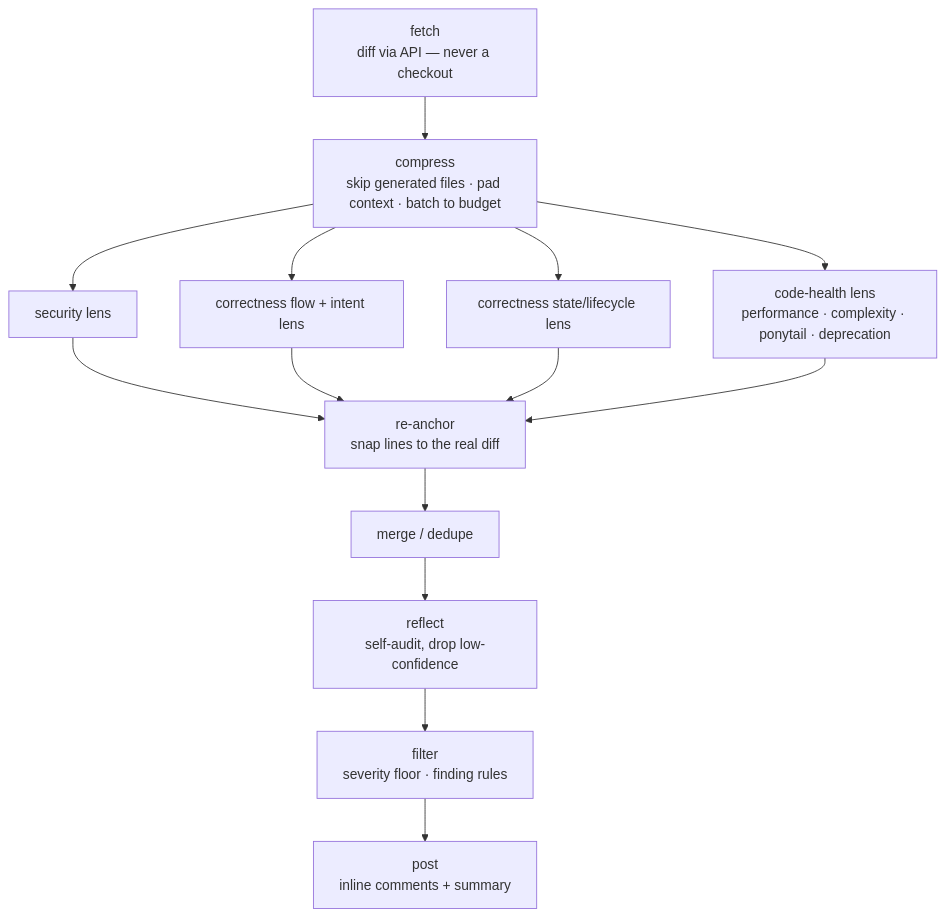
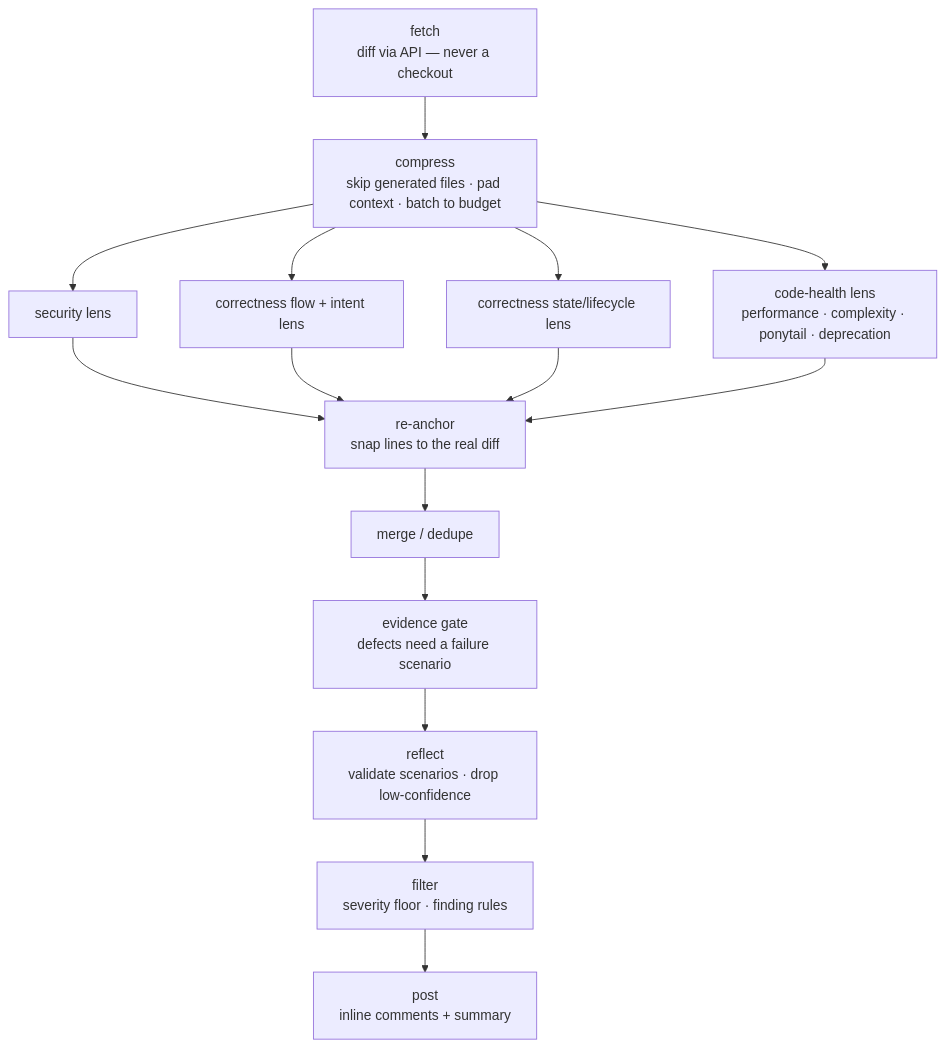
One commit to MattJColes/lgtmaybe changed the second of 2 diagrams in docs/explanation/architecture.md. Above: the diagram before and after it, drawn with Mermaid. The commit also changed other lines of this file and 26 other files, not shown here.

Commit message:
feat: gate defect findings on failure scenarios

````diff
--- a/docs/explanation/architecture.md
+++ b/docs/explanation/architecture.md
@@ -49,13 +49,13 @@
 ```mermaid
 flowchart TD
     fetch["fetch<br/>diff via API — never a checkout"] --> compress["compress<br/>skip generated files · pad context · batch to budget"]
     compress --> security["security lens"]
     compress --> correctnessflow["correctness flow + intent lens"]
     compress --> correctnessstate["correctness state/lifecycle lens"]
     compress --> codehealth["code-health lens<br/>performance · complexity · ponytail · deprecation"]
     security --> anchor["re-anchor<br/>snap lines to the real diff"]
     correctnessflow --> anchor
     correctnessstate --> anchor
     codehealth --> anchor
-    anchor --> dedupe["merge / dedupe"] --> reflect["reflect<br/>self-audit, drop low-confidence"] --> filter["filter<br/>severity floor · finding rules"] --> post["post<br/>inline comments + summary"]
+    anchor --> dedupe["merge / dedupe"] --> evidence["evidence gate<br/>defects need a failure scenario"] --> reflect["reflect<br/>validate scenarios · drop low-confidence"] --> filter["filter<br/>severity floor · finding rules"] --> post["post<br/>inline comments + summary"]
 ```
````
